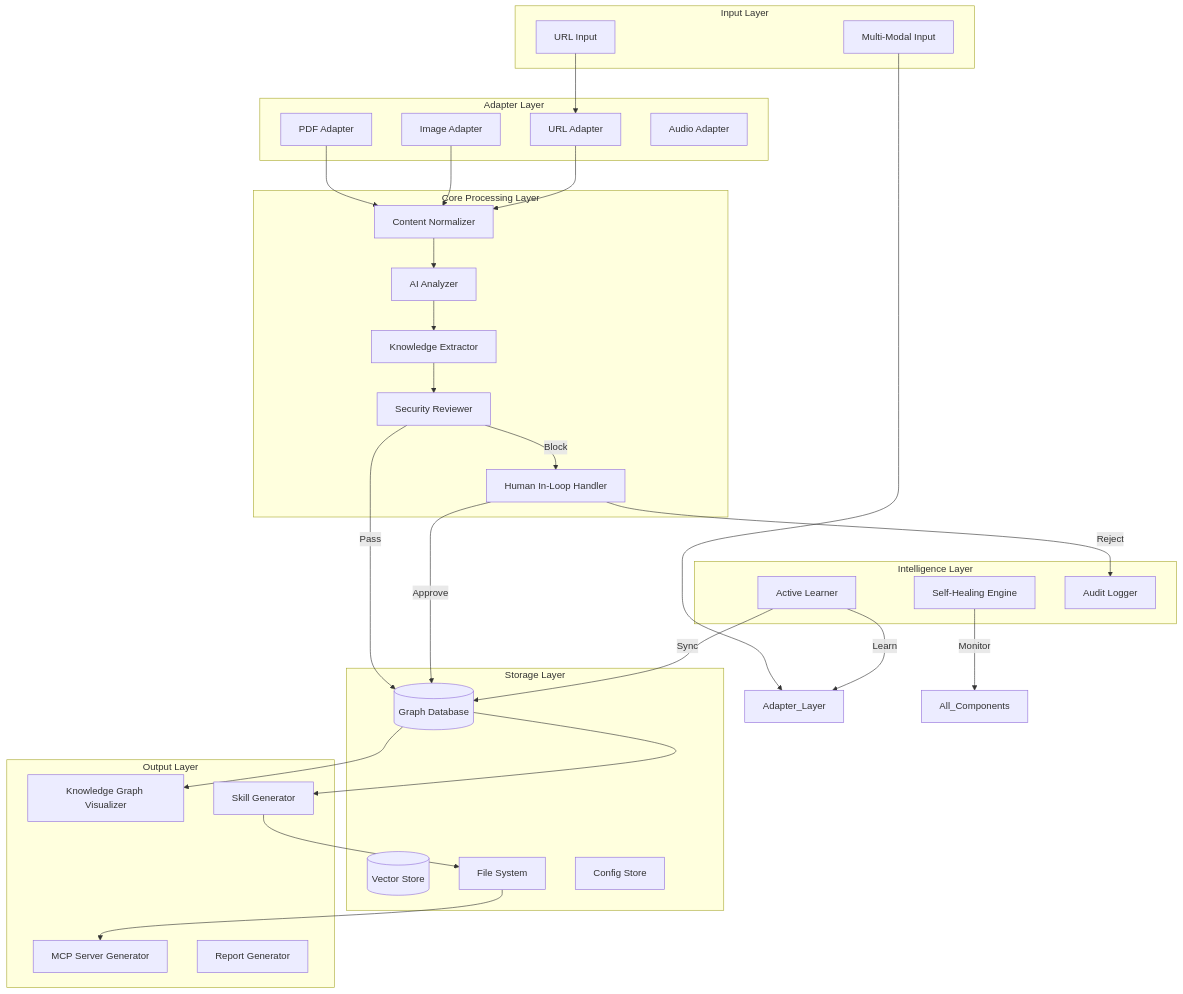
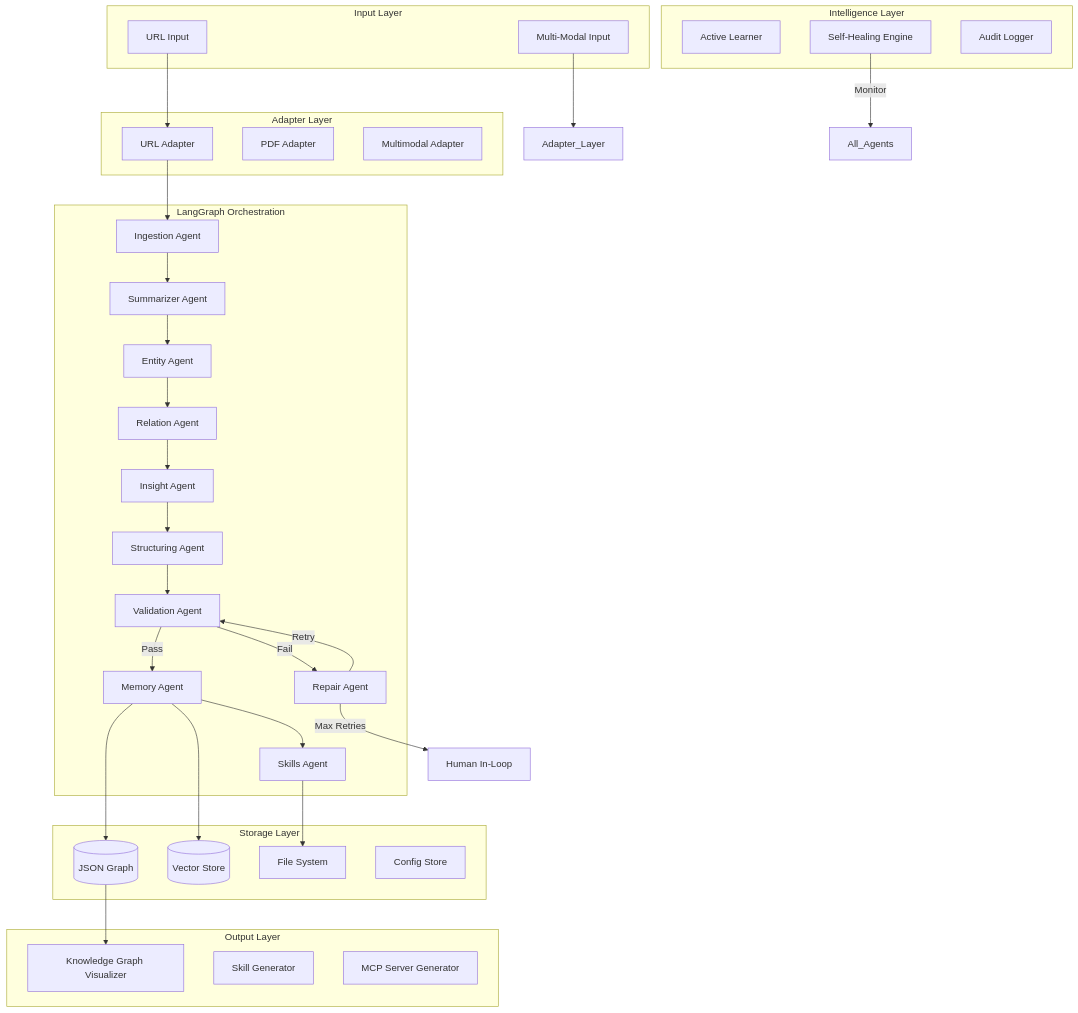
Before and after one commit to dennis-leee/knowledgeable: the first of 10 diagrams in .monkeycode/specs/ai-knowledge-graph-auto-growth/design.md, drawn with Mermaid. The commit also changed other lines of this file, not shown here.

First line of the commit message:
feat: integrate LangGraph + GPT best practices into design

````diff
--- a/.monkeycode/specs/ai-knowledge-graph-auto-growth/design.md
+++ b/.monkeycode/specs/ai-knowledge-graph-auto-growth/design.md
@@ -20,62 +20,65 @@
 ```mermaid
 graph TB
     subgraph Input Layer
         URL_Input[URL Input]
         Multi_Modal_Input[Multi-Modal Input]
     end
 
     subgraph Adapter Layer
         URL_Adapter[URL Adapter]
         PDF_Adapter[PDF Adapter]
-        Image_Adapter[Image Adapter]
-        Audio_Adapter[Audio Adapter]
+        Multimodal_Adapter[Multimodal Adapter]
     end
 
-    subgraph Core Processing Layer
-        Content_Normalizer[Content Normalizer]
-        AI_Analyzer[AI Analyzer]
-        Knowledge_Extractor[Knowledge Extractor]
-        Security_Reviewer[Security Reviewer]
-        Human_InLoop[Human In-Loop Handler]
+    subgraph LangGraph Orchestration
+        INGESTION[Ingestion Agent]
+        SUMMARIZER[Summarizer Agent]
+        ENTITY[Entity Agent]
+        RELATION[Relation Agent]
+        INSIGHT[Insight Agent]
+        STRUCTURING[Structuring Agent]
+        VALIDATION[Validation Agent]
+        REPAIR[Repair Agent]
+        MEMORY[Memory Agent]
+        SKILLS[Skills Agent]
     end
 
     subgraph Storage Layer
-        Graph_DB[(Graph Database)]
+        JSON_Graph[(JSON Graph)]
         Vector_Store[(Vector Store)]
         File_System[File System]
         Config_Store[Config Store]
     end
 
     subgraph Output Layer
         Graph_Visualizer[Knowledge Graph Visualizer]
         Skill_Generator[Skill Generator]
         MCP_Server[MCP Server Generator]
-        Report_Generator[Report Generator]
     end
 
     subgraph Intelligence Layer
         Active_Learner[Active Learner]
         Self_Healer[Self-Healing Engine]
         Audit_Logger[Audit Logger]
     end
 
     URL_Input --> URL_Adapter
     Multi_Modal_Input --> Adapter_Layer
-    PDF_Adapter --> Content_Normalizer
-    Image_Adapter --> Content_Normalizer
-    URL_Adapter --> Content_Normalizer
-    Content_Normalizer --> AI_Analyzer
-    AI_Analyzer --> Knowledge_Extractor
-    Knowledge_Extractor --> Security_Reviewer
-    Security_Reviewer -->|Pass| Graph_DB
-    Security_Reviewer -->|Block| Human_InLoop
-    Human_InLoop -->|Approve| Graph_DB
-    Human_InLoop -->|Reject| Audit_Logger
-    Graph_DB --> Graph_Visualizer
-    Graph_DB --> Skill_Generator
-    Skill_Generator --> File_System
-    File_System --> MCP_Server
-    Active_Learner -->|Learn| Adapter_Layer
-    Active_Learner -->|Sync| Graph_DB
-    Self_Healer -->|Monitor| All_Components
+    URL_Adapter --> INGESTION
+    INGESTION --> SUMMARIZER
+    SUMMARIZER --> ENTITY
+    ENTITY --> RELATION
+    RELATION --> INSIGHT
+    INSIGHT --> STRUCTURING
+    STRUCTURING --> VALIDATION
+    VALIDATION -->|Pass| MEMORY
+    VALIDATION -->|Fail| REPAIR
+    REPAIR -->|Retry| VALIDATION
+    REPAIR -->|Max Retries| Human_InLoop[Human In-Loop]
+    MEMORY --> JSON_Graph
+    MEMORY --> Vector_Store
+    MEMORY --> SKILLS
+    SKILLS --> File_System
+    JSON_Graph --> Graph_Visualizer
+    Self_Healer -->|Monitor| All_Agents
 ```
````
